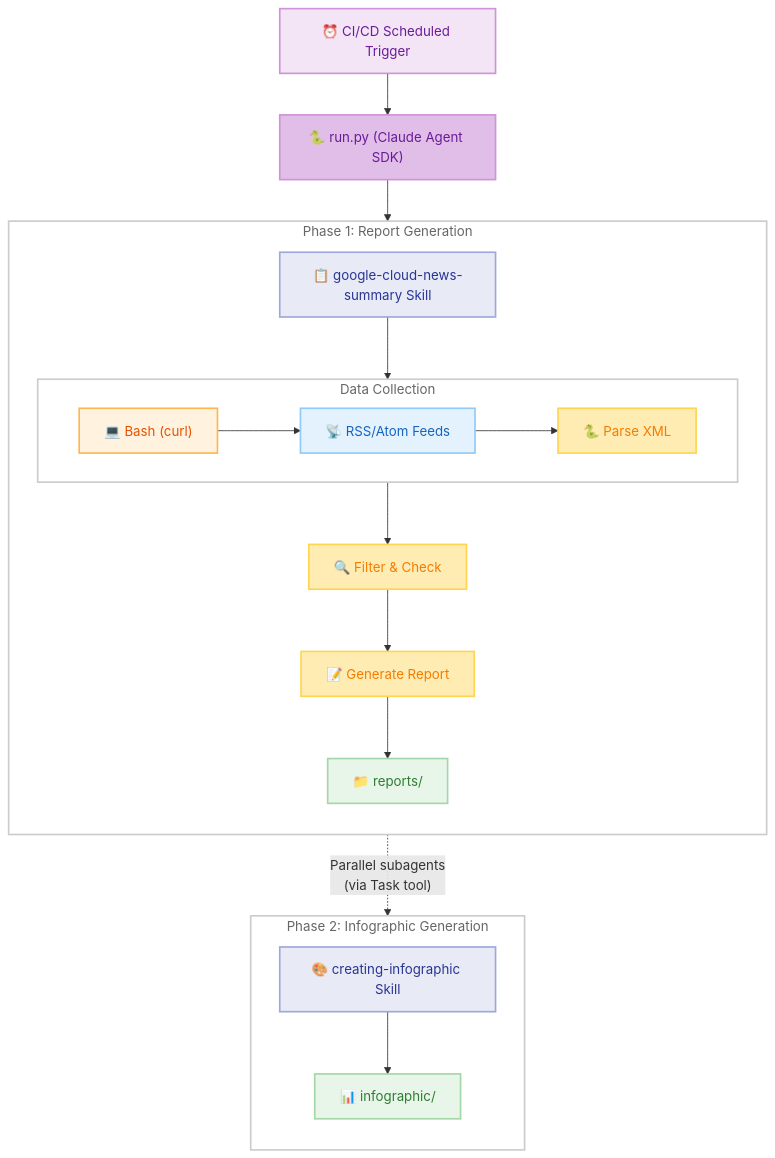
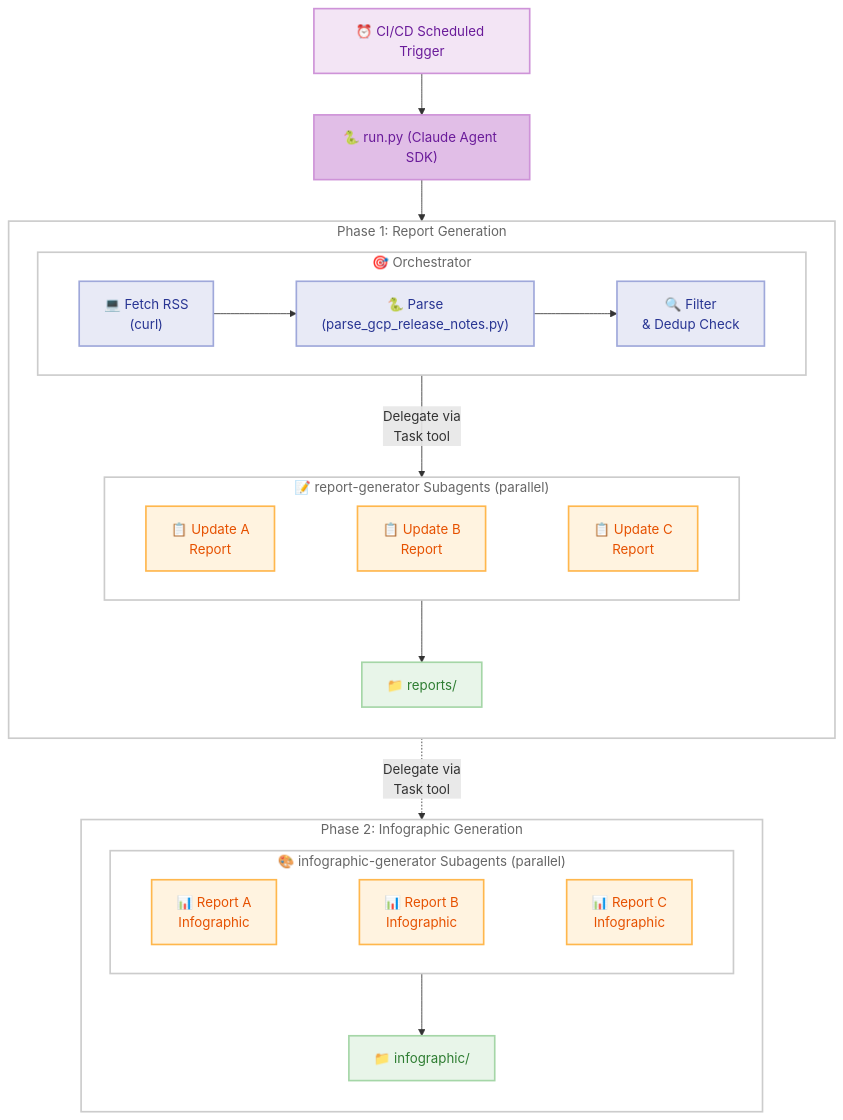
One commit to takech9203/google-cloud-news-summary changed the first of 5 diagrams in README-en.md. Above: the diagram before and after it, drawn with Mermaid. The commit also changed other lines of this file and 4 other files, not shown here.

First line of the commit message:
docs: add subagent architecture documentation and implementation

````diff
--- a/README-en.md
+++ b/README-en.md
@@ -27,57 +31,64 @@
 ```mermaid
 flowchart TD
     Trigger["⏰ CI/CD Scheduled Trigger"]
     SDK["🐍 run.py (Claude Agent SDK)"]
 
     Trigger --> SDK
 
     subgraph Phase1["Phase 1: Report Generation"]
         direction TB
-        Skill["📋 google-cloud-news-summary Skill"]
 
-        subgraph Collect["Data Collection"]
+        subgraph Orchestrator["🎯 Orchestrator"]
             direction LR
-            Bash["💻 Bash (curl)"]
-            Feeds["📡 RSS/Atom Feeds"]
-            Parse["🐍 Parse XML"]
-            Bash --> Feeds --> Parse
+            Fetch["💻 Fetch RSS<br/>(curl)"]
+            Parse["🐍 Parse<br/>(parse_gcp_release_notes.py)"]
+            Filter["🔍 Filter<br/>& Dedup Check"]
+            Fetch --> Parse --> Filter
         end
 
-        Filter["🔍 Filter & Check"]
-        Generate["📝 Generate Report"]
+        subgraph Subagents1["📝 report-generator Subagents (parallel)"]
+            direction LR
+            SA1["📋 Update A<br/>Report"]
+            SA2["📋 Update B<br/>Report"]
+            SA3["📋 Update C<br/>Report"]
+            SA1 ~~~ SA2 ~~~ SA3
+        end
+
         Reports["📁 reports/"]
 
-        Skill --> Collect
-        Parse --> Filter
-        Filter --> Generate
-        Generate --> Reports
+        Filter -->|"Delegate via<br/>Task tool"| Subagents1
+        Subagents1 --> Reports
     end
 
     subgraph Phase2["Phase 2: Infographic Generation"]
         direction TB
-        InfSkill["🎨 creating-infographic Skill"]
-        Infographic["📊 infographic/"]
-        InfSkill --> Infographic
+
+        subgraph Subagents2["🎨 infographic-generator Subagents (parallel)"]
+            direction LR
+            IB1["📊 Report A<br/>Infographic"]
+            IB2["📊 Report B<br/>Infographic"]
+            IB3["📊 Report C<br/>Infographic"]
+            IB1 ~~~ IB2 ~~~ IB3
+        end
+
+        Infographic["📁 infographic/"]
+        Subagents2 --> Infographic
     end
 
     SDK --> Phase1
-    Reports -.->|"Parallel subagents<br/>(via Task tool)"| Phase2
+    Reports -.->|"Delegate via<br/>Task tool"| Phase2
 
     classDef ci fill:#F3E5F5,stroke:#CE93D8,stroke-width:2px,color:#6A1B9A
     classDef sdk fill:#E1BEE7,stroke:#CE93D8,stroke-width:2px,color:#6A1B9A
-    classDef agent fill:#E8EAF6,stroke:#9FA8DA,stroke-width:2px,color:#283593
-    classDef bash fill:#FFF3E0,stroke:#FFB74D,stroke-width:2px,color:#E65100
-    classDef sources fill:#E3F2FD,stroke:#90CAF9,stroke-width:2px,color:#1565C0
-    classDef process fill:#FFECB3,stroke:#FFD54F,stroke-width:2px,color:#F57C00
+    classDef orchestrator fill:#E8EAF6,stroke:#9FA8DA,stroke-width:2px,color:#283593
+    classDef subagent fill:#FFF3E0,stroke:#FFB74D,stroke-width:2px,color:#E65100
     classDef output fill:#E8F5E9,stroke:#A5D6A7,stroke-width:2px,color:#2E7D32
     classDef frame fill:none,stroke:#CCCCCC,stroke-width:2px,color:#666666
 
     class Trigger ci
     class SDK sdk
-    class Skill,InfSkill agent
-    class Bash bash
-    class Feeds sources
-    class Parse,Filter,Generate process
+    class Fetch,Parse,Filter orchestrator
+    class SA1,SA2,SA3,IB1,IB2,IB3 subagent
     class Reports,Infographic output
-    class Phase1,Phase2,Collect frame
+    class Phase1,Phase2,Orchestrator,Subagents1,Subagents2 frame
 ```
````
